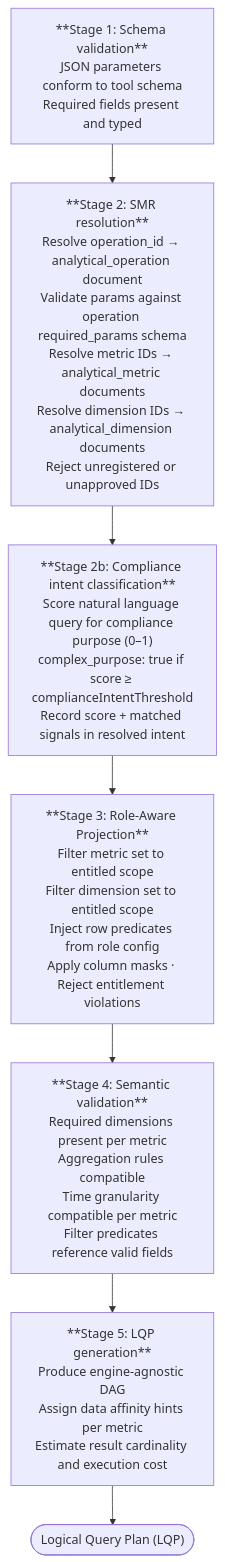
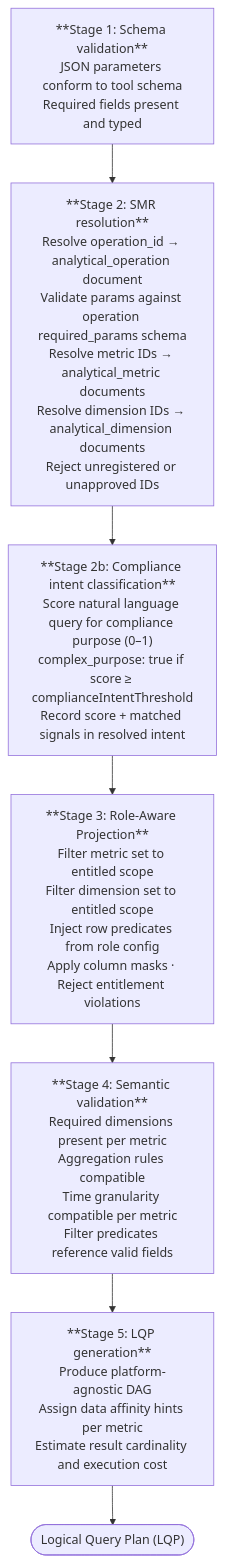
Before and after one commit to M-A-Operating-System/shared-work: the third of 6 diagrams in docs/product/analytics/02-core-capabilities.md, drawn with Mermaid. The commit also changed other lines of this file and 4 other files, not shown here.

````diff
--- a/docs/product/analytics/02-core-capabilities.md
+++ b/docs/product/analytics/02-core-capabilities.md
@@ -386,12 +386,12 @@
 ```mermaid
 flowchart TD
     S1["**Stage 1: Schema validation**\nJSON parameters conform to tool schema\nRequired fields present and typed"]
     S2["**Stage 2: SMR resolution**\nResolve operation_id → analytical_operation document\nValidate params against operation required_params schema\nResolve metric IDs → analytical_metric documents\nResolve dimension IDs → analytical_dimension documents\nReject unregistered or unapproved IDs"]
     S2b["**Stage 2b: Compliance intent classification**\nScore natural language query for compliance purpose (0–1)\ncomplex_purpose: true if score ≥ complianceIntentThreshold\nRecord score + matched signals in resolved intent"]
     S3["**Stage 3: Role-Aware Projection**\nFilter metric set to entitled scope\nFilter dimension set to entitled scope\nInject row predicates from role config\nApply column masks · Reject entitlement violations"]
     S4["**Stage 4: Semantic validation**\nRequired dimensions present per metric\nAggregation rules compatible\nTime granularity compatible per metric\nFilter predicates reference valid fields"]
-    S5["**Stage 5: LQP generation**\nProduce engine-agnostic DAG\nAssign data affinity hints per metric\nEstimate result cardinality and execution cost"]
+    S5["**Stage 5: LQP generation**\nProduce platform-agnostic DAG\nAssign data affinity hints per metric\nEstimate result cardinality and execution cost"]
     LQP(["Logical Query Plan (LQP)"])
 
     S1 --> S2 --> S2b --> S3 --> S4 --> S5 --> LQP
 ```
````
